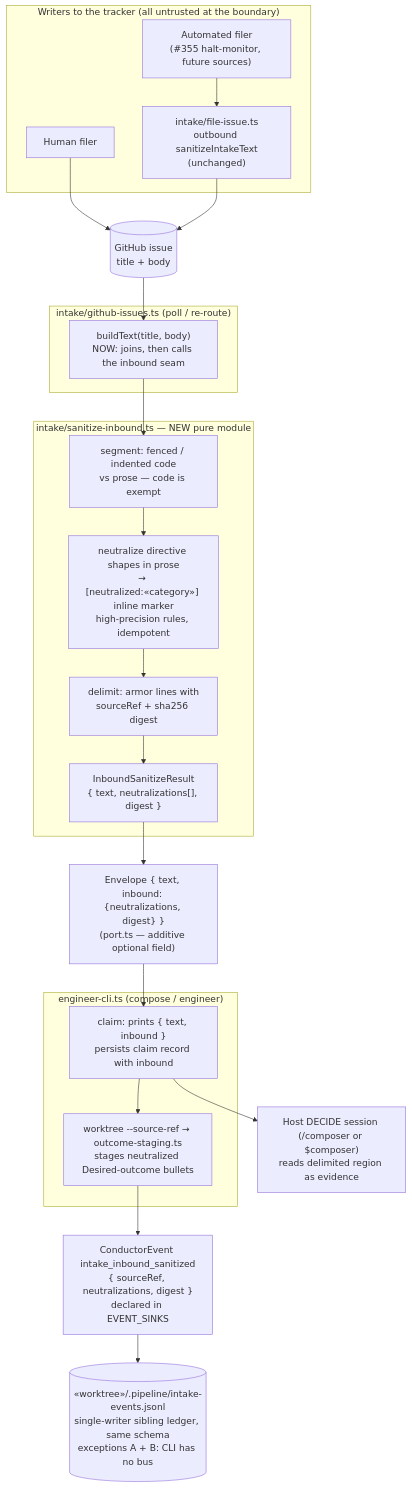
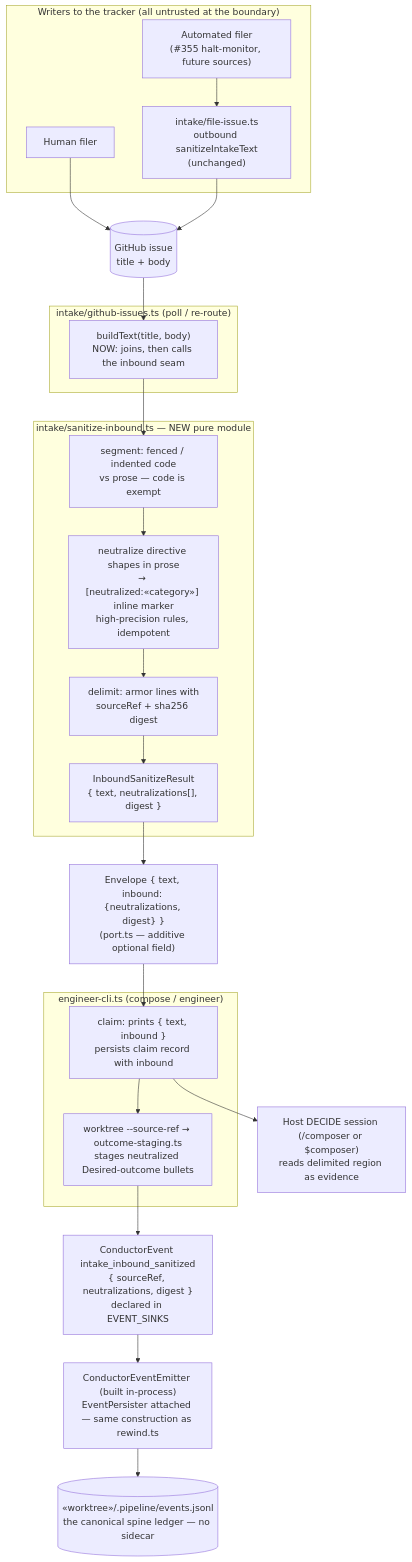
One commit to jstoup111/ai-conductor changed the first of 2 diagrams in .docs/architecture/github-issue-text-reaches-an-autonomous-build-with.md. Above: the diagram before and after it, drawn with Mermaid. The commit also changed other lines of this file and 4 other files, not shown here.

First line of the commit message:
docs(decide): wire intake_inbound_sanitized onto the live event spine (AB-1)

````diff
--- a/.docs/architecture/github-issue-text-reaches-an-autonomous-build-with.md
+++ b/.docs/architecture/github-issue-text-reaches-an-autonomous-build-with.md
@@ -29,37 +29,38 @@
 ```mermaid
 flowchart TD
   subgraph WRITERS["Writers to the tracker (all untrusted at the boundary)"]
     HUM["Human filer"]
     AUTO["Automated filer<br/>(#355 halt-monitor, future sources)"]
     OUT["intake/file-issue.ts<br/>outbound sanitizeIntakeText<br/>(unchanged)"]
   end
 
   HUM --> GH[("GitHub issue<br/>title + body")]
   AUTO --> OUT --> GH
 
   subgraph ADAPTER["intake/github-issues.ts (poll / re-route)"]
     BT["buildText(title, body)<br/>NOW: joins, then calls the inbound seam"]
   end
 
   subgraph SEAM["intake/sanitize-inbound.ts — NEW pure module"]
     FENCE["segment: fenced / indented code<br/>vs prose — code is exempt"]
     NEUT["neutralize directive shapes in prose<br/>→ [neutralized:«category»] inline marker<br/>high-precision rules, idempotent"]
     DELIM["delimit: armor lines with<br/>sourceRef + sha256 digest"]
     RES["InboundSanitizeResult<br/>{ text, neutralizations[], digest }"]
   end
 
   GH --> BT --> FENCE --> NEUT --> DELIM --> RES
 
   RES --> ENV["Envelope { text, inbound: {neutralizations, digest} }<br/>(port.ts — additive optional field)"]
 
   subgraph CLI["engineer-cli.ts (compose / engineer)"]
     CLAIM["claim: prints { text, inbound }<br/>persists claim record with inbound"]
     WT["worktree --source-ref → outcome-staging.ts<br/>stages neutralized Desired-outcome bullets"]
   end
 
   ENV --> CLAIM --> WT
   WT --> EVT["ConductorEvent intake_inbound_sanitized<br/>{ sourceRef, neutralizations, digest }<br/>declared in EVENT_SINKS"]
-  EVT --> LEDGER[("«worktree»/.pipeline/intake-events.jsonl<br/>single-writer sibling ledger, same schema<br/>exceptions A + B: CLI has no bus")]
+  EVT --> EMITTER["ConductorEventEmitter (built in-process)<br/>EventPersister attached — same construction as rewind.ts"]
+  EMITTER --> LEDGER[("«worktree»/.pipeline/events.jsonl<br/>the canonical spine ledger — no sidecar")]
 
   CLAIM --> HOST["Host DECIDE session (/composer or $composer)<br/>reads delimited region as evidence"]
 ```
````
